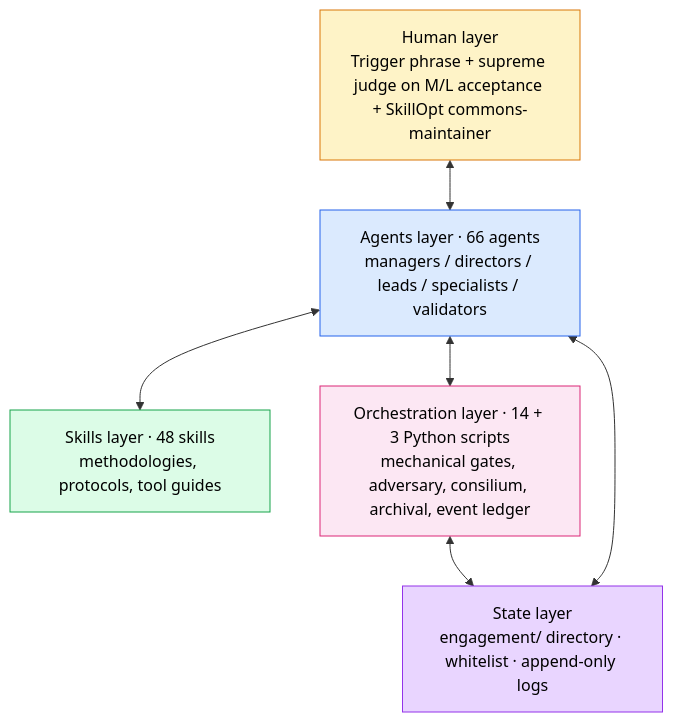
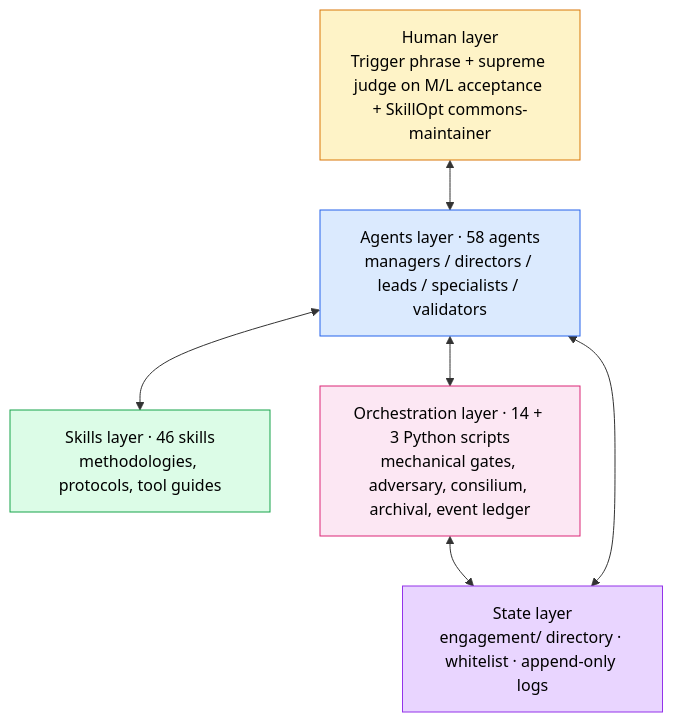
Before and after one commit to AgentShekel/agentic-workflow: the first of 2 diagrams in README.md, drawn with Mermaid. The commit also changed other lines of this file and 96 other files, not shown here.

````diff
--- a/README.md
+++ b/README.md
@@ -69,26 +78,26 @@
 ```mermaid
 flowchart TB
     H["Human layer<br/>Trigger phrase + supreme judge on M/L acceptance + SkillOpt commons-maintainer"]
-    A["Agents layer · 66 agents<br/>managers / directors / leads / specialists / validators"]
-    S["Skills layer · 48 skills<br/>methodologies, protocols, tool guides"]
+    A["Agents layer · 58 agents<br/>managers / directors / leads / specialists / validators"]
+    S["Skills layer · 46 skills<br/>methodologies, protocols, tool guides"]
     O["Orchestration layer · 14 + 3 Python scripts<br/>mechanical gates, adversary, consilium, archival, event ledger"]
     St["State layer<br/>engagement/ directory · whitelist · append-only logs"]
 
     H <--> A
     A <--> S
     A <--> O
     O <--> St
     A <--> St
 
     classDef human fill:#fef3c7,stroke:#d97706,color:#000
     classDef agents fill:#dbeafe,stroke:#2563eb,color:#000
     classDef skills fill:#dcfce7,stroke:#16a34a,color:#000
     classDef orch fill:#fce7f3,stroke:#db2777,color:#000
     classDef state fill:#e9d5ff,stroke:#9333ea,color:#000
 
     class H human
     class A agents
     class S skills
     class O orch
     class St state
 ```
````
